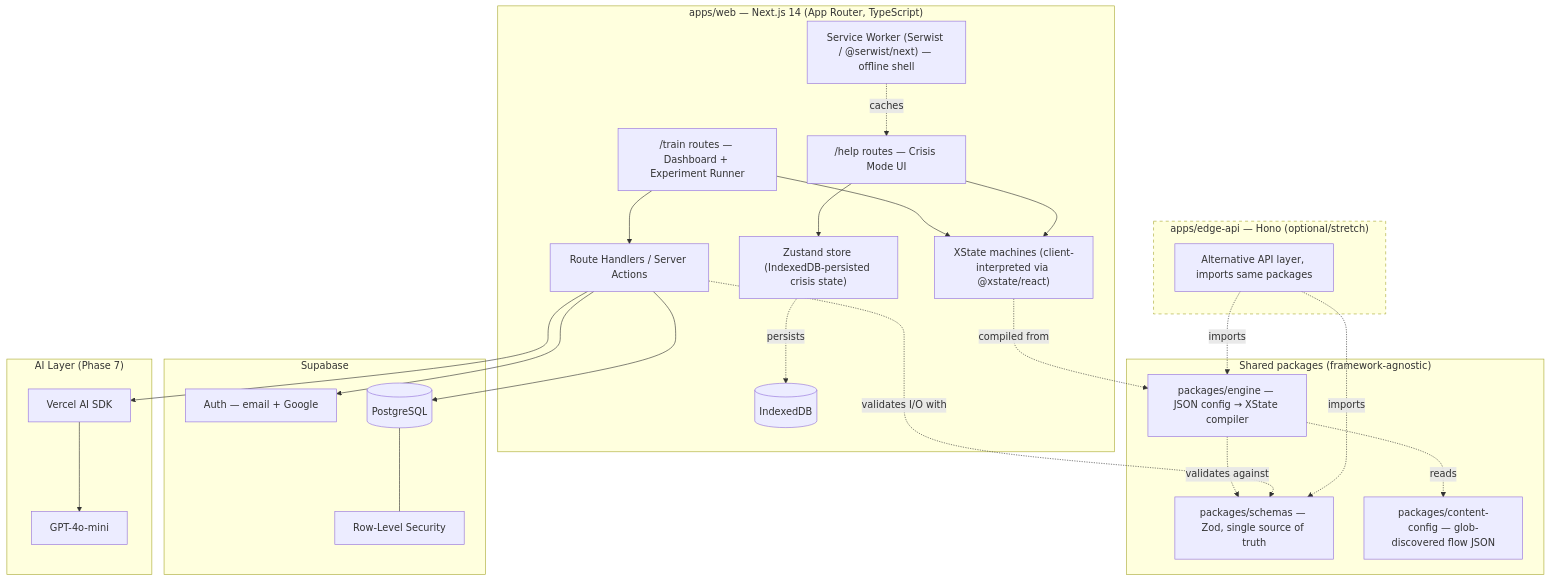
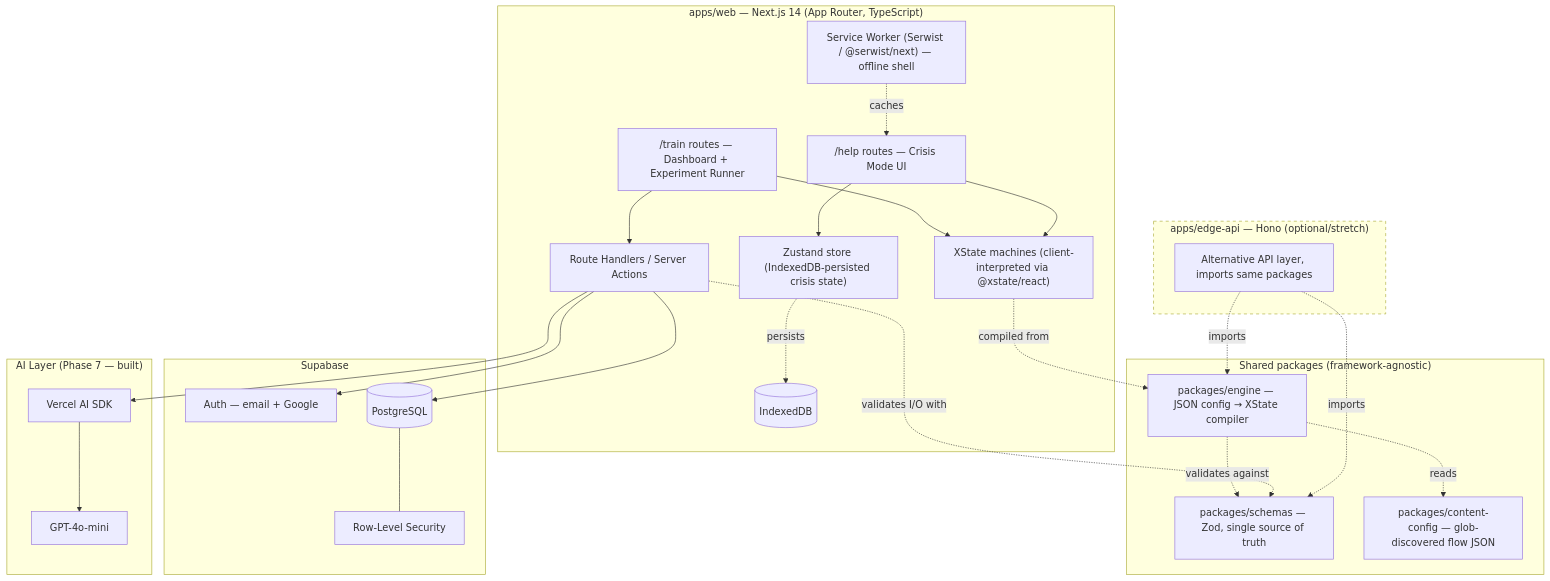
Before and after one commit to ubturja/Is-It-For-Real: the second of 3 diagrams in docs/SYSTEM_REFERENCE.md, drawn with Mermaid. The commit also changed other lines of this file and 82 other files, not shown here.

````diff
--- a/docs/SYSTEM_REFERENCE.md
+++ b/docs/SYSTEM_REFERENCE.md
@@ -169,46 +199,46 @@
 ```mermaid
 flowchart TB
     subgraph WEB["apps/web — Next.js 14 (App Router, TypeScript)"]
         UI_TRAIN["/train routes — Dashboard + Experiment Runner"]
         UI_HELP["/help routes — Crisis Mode UI"]
         XSTATE["XState machines (client-interpreted via @xstate/react)"]
         ZUSTAND["Zustand store (IndexedDB-persisted crisis state)"]
         SW["Service Worker (Serwist / @serwist/next) — offline shell"]
         RH["Route Handlers / Server Actions"]
         UI_TRAIN --> XSTATE
         UI_HELP --> XSTATE
         UI_HELP --> ZUSTAND
         ZUSTAND -.persists.-> IDB[("IndexedDB")]
         SW -.caches.-> UI_HELP
         UI_TRAIN --> RH
     end
     subgraph PACKAGES["Shared packages (framework-agnostic)"]
         SCHEMAS["packages/schemas — Zod, single source of truth"]
         ENGINE["packages/engine — JSON config → XState compiler"]
         CONTENT["packages/content-config — glob-discovered flow JSON"]
     end
     subgraph EDGE["apps/edge-api — Hono (optional/stretch)"]
         HONO["Alternative API layer, imports same packages"]
     end
     subgraph SUPABASE["Supabase"]
         AUTH["Auth — email + Google"]
         PG[("PostgreSQL")]
         RLS["Row-Level Security"]
     end
-    subgraph AI["AI Layer (Phase 7)"]
+    subgraph AI["AI Layer (Phase 7 — built)"]
         SDK["Vercel AI SDK"]
         MODEL["GPT-4o-mini"]
     end
     XSTATE -.compiled from.-> ENGINE
     ENGINE -.validates against.-> SCHEMAS
     ENGINE -.reads.-> CONTENT
     RH -.validates I/O with.-> SCHEMAS
     RH --> AUTH
     RH --> PG
     PG --- RLS
     RH --> SDK
     SDK --> MODEL
     HONO -.imports.-> SCHEMAS
     HONO -.imports.-> ENGINE
     style EDGE stroke-dasharray: 5 5
 ```
````
